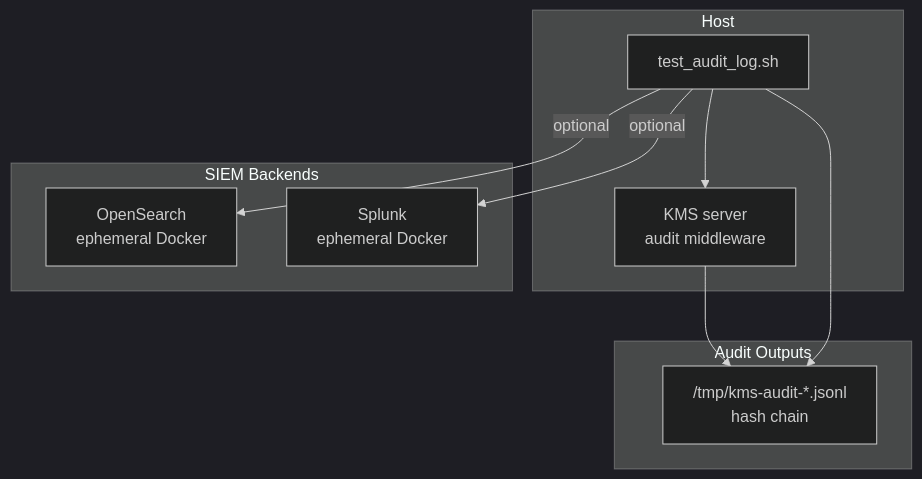
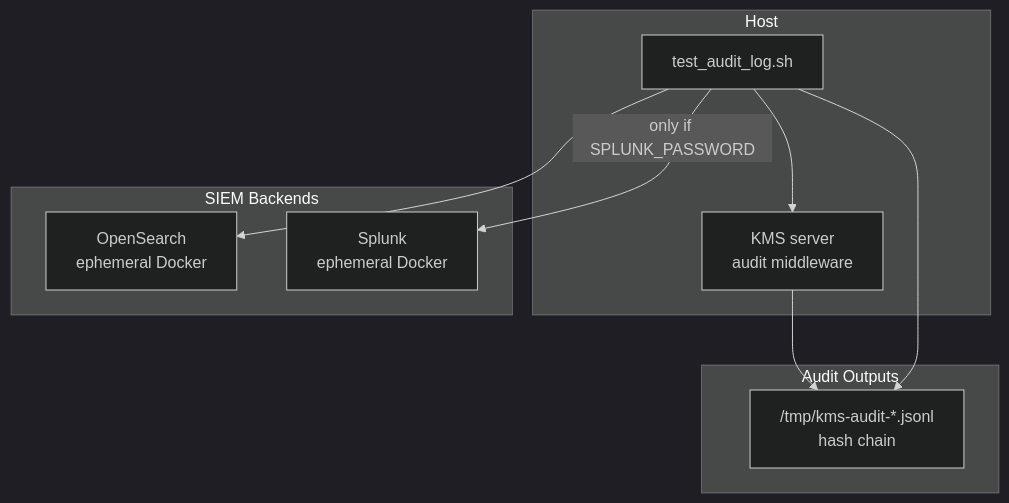
Diagram 29 of 60 in .mise/tasks/test/README.md (Cosmian/kms), drawn with Mermaid (dark theme) before and after one commit. The commit also changed other lines of this file and 31 other files, not shown here.

````diff
--- a/.mise/tasks/test/README.md
+++ b/.mise/tasks/test/README.md
@@ -937,22 +959,22 @@
 ```mermaid
 graph TB
     subgraph Host9["Host"]
         KMS10["KMS server<br/>audit middleware"]
         TestAudit["test_audit_log.sh"]
     end
 
     subgraph Outputs["Audit Outputs"]
         JSONL["/tmp/kms-audit-*.jsonl<br/>hash chain"]
     end
 
     subgraph SIEMs["SIEM Backends"]
         OpenSearch["OpenSearch<br/>ephemeral Docker"]
         Splunk["Splunk<br/>ephemeral Docker"]
     end
 
     TestAudit --> KMS10
     KMS10 --> JSONL
     TestAudit --> JSONL
-    TestAudit --> |optional| OpenSearch
-    TestAudit --> |optional| Splunk
+    TestAudit --> OpenSearch
+    TestAudit --> |only if SPLUNK_PASSWORD| Splunk
 ```
````
